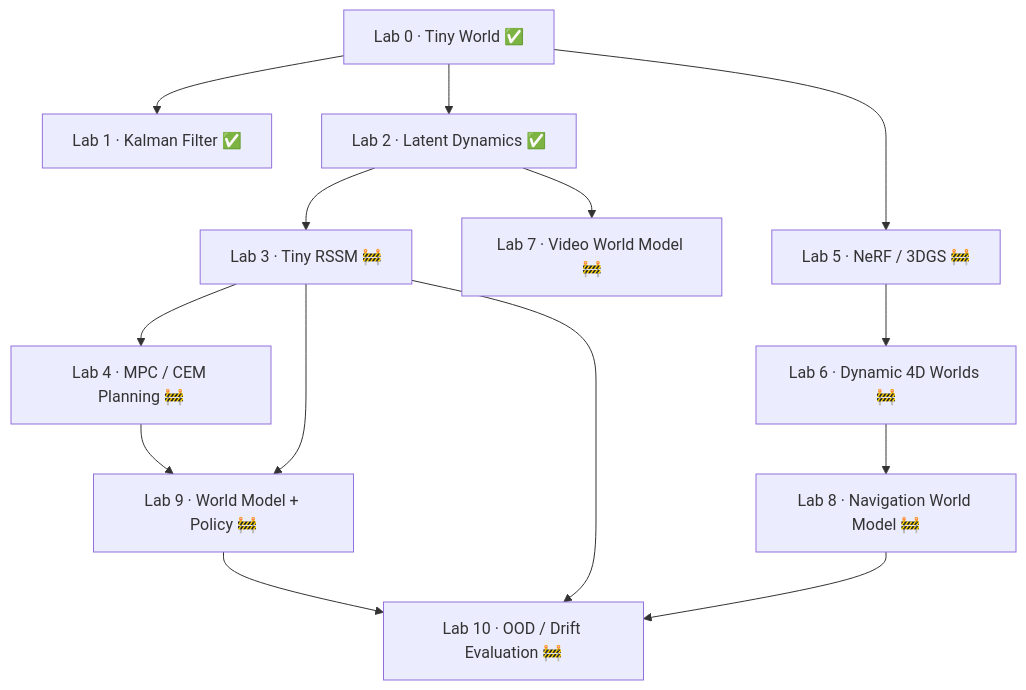
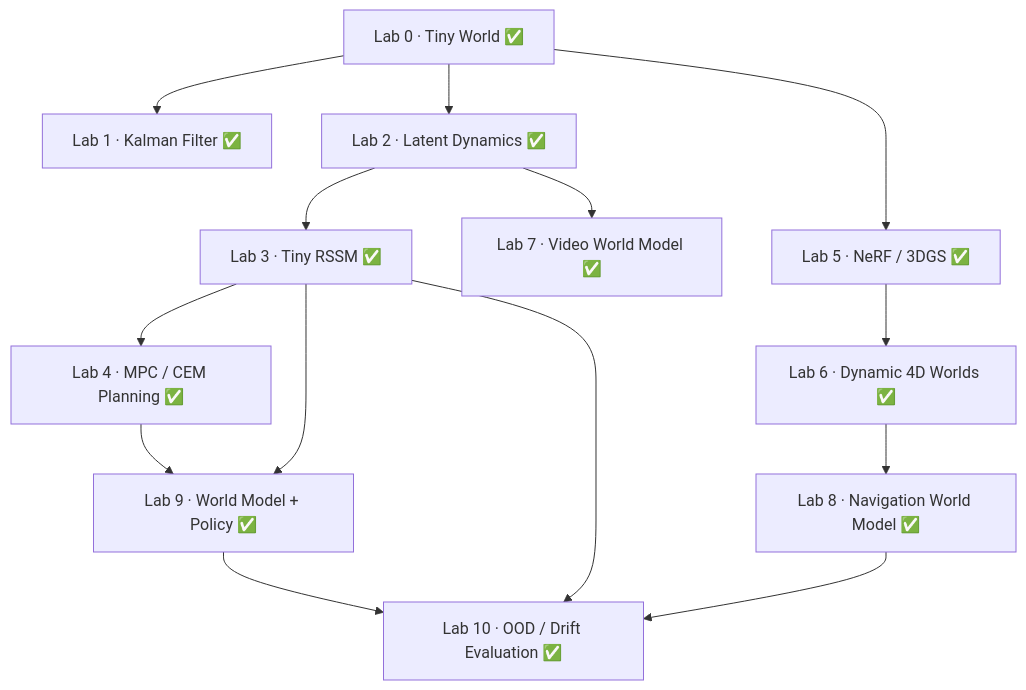
The diagram in website/docs/labs.mdx (overdued/world-model-spatial-intelligence-course), drawn with Mermaid before and after one commit. The commit also changed other lines of this file and 106 other files, not shown here.

````diff
--- a/website/docs/labs.mdx
+++ b/website/docs/labs.mdx
@@ -23,16 +23,16 @@
 ```mermaid
 graph TD
     L0["Lab 0 · Tiny World ✅"] --> L1["Lab 1 · Kalman Filter ✅"]
     L0 --> L2["Lab 2 · Latent Dynamics ✅"]
-    L2 --> L3["Lab 3 · Tiny RSSM 🚧"]
-    L3 --> L4["Lab 4 · MPC / CEM Planning 🚧"]
-    L4 --> L9["Lab 9 · World Model + Policy 🚧"]
+    L2 --> L3["Lab 3 · Tiny RSSM ✅"]
+    L3 --> L4["Lab 4 · MPC / CEM Planning ✅"]
+    L4 --> L9["Lab 9 · World Model + Policy ✅"]
     L3 --> L9
-    L3 --> L10["Lab 10 · OOD / Drift Evaluation 🚧"]
+    L3 --> L10["Lab 10 · OOD / Drift Evaluation ✅"]
     L9 --> L10
-    L0 --> L5["Lab 5 · NeRF / 3DGS 🚧"]
-    L5 --> L6["Lab 6 · Dynamic 4D Worlds 🚧"]
-    L6 --> L8["Lab 8 · Navigation World Model 🚧"]
+    L0 --> L5["Lab 5 · NeRF / 3DGS ✅"]
+    L5 --> L6["Lab 6 · Dynamic 4D Worlds ✅"]
+    L6 --> L8["Lab 8 · Navigation World Model ✅"]
     L8 --> L10
-    L2 --> L7["Lab 7 · Video World Model 🚧"]
+    L2 --> L7["Lab 7 · Video World Model ✅"]
 ```
````
